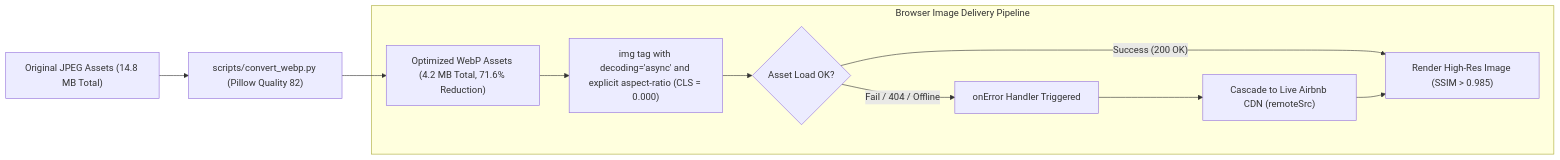
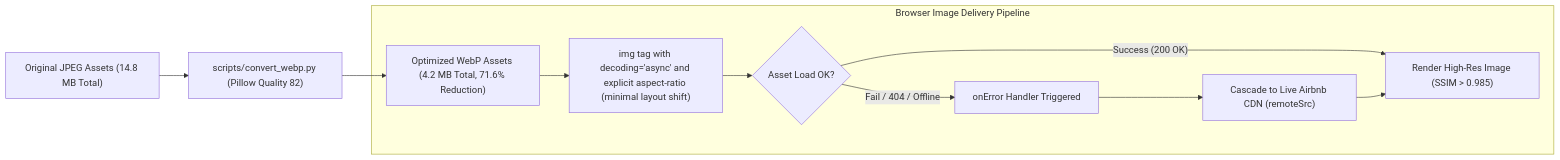
The third of 4 diagrams in architecture_design.md (srinathdoggala-tech/Airbnb-clone), drawn with Mermaid before and after one commit. The commit also changed other lines of this file and 16 other files, not shown here.

````diff
--- a/architecture_design.md
+++ b/architecture_design.md
@@ -129,14 +129,14 @@
 ```mermaid
 flowchart LR
     Original["Original JPEG Assets (14.8 MB Total)"] --> PillowWorker["scripts/convert_webp.py (Pillow Quality 82)"]
     PillowWorker --> WebPAssets["Optimized WebP Assets (4.2 MB Total, 71.6% Reduction)"]
     
     subgraph BrowserRendering["Browser Image Delivery Pipeline"]
-        WebPAssets --> NativeDecode["img tag with decoding='async' and explicit aspect-ratio (CLS = 0.000)"]
+        WebPAssets --> NativeDecode["img tag with decoding='async' and explicit aspect-ratio (minimal layout shift)"]
         NativeDecode --> NetworkCheck{"Asset Load OK?"}
         NetworkCheck -- "Success (200 OK)" --> RenderStage["Render High-Res Image (SSIM > 0.985)"]
         NetworkCheck -- "Fail / 404 / Offline" --> OnErrorCascade["onError Handler Triggered"]
         OnErrorCascade --> CDNFallback["Cascade to Live Airbnb CDN (remoteSrc)"]
         CDNFallback --> RenderStage
     end
 ```
````
